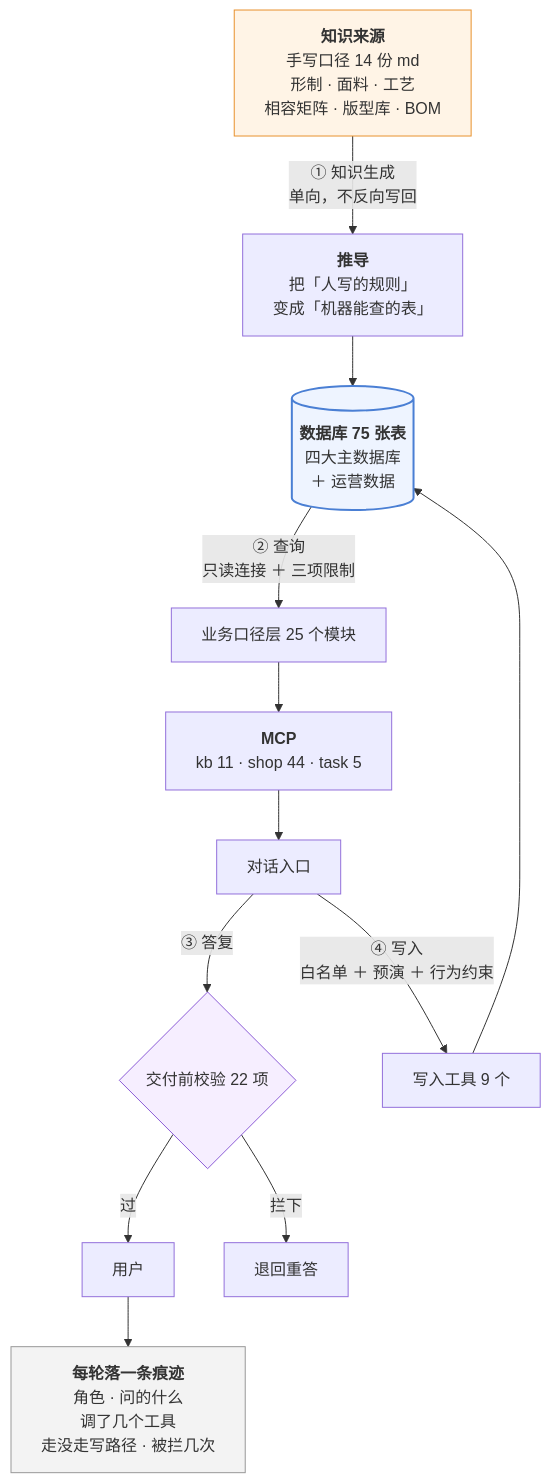
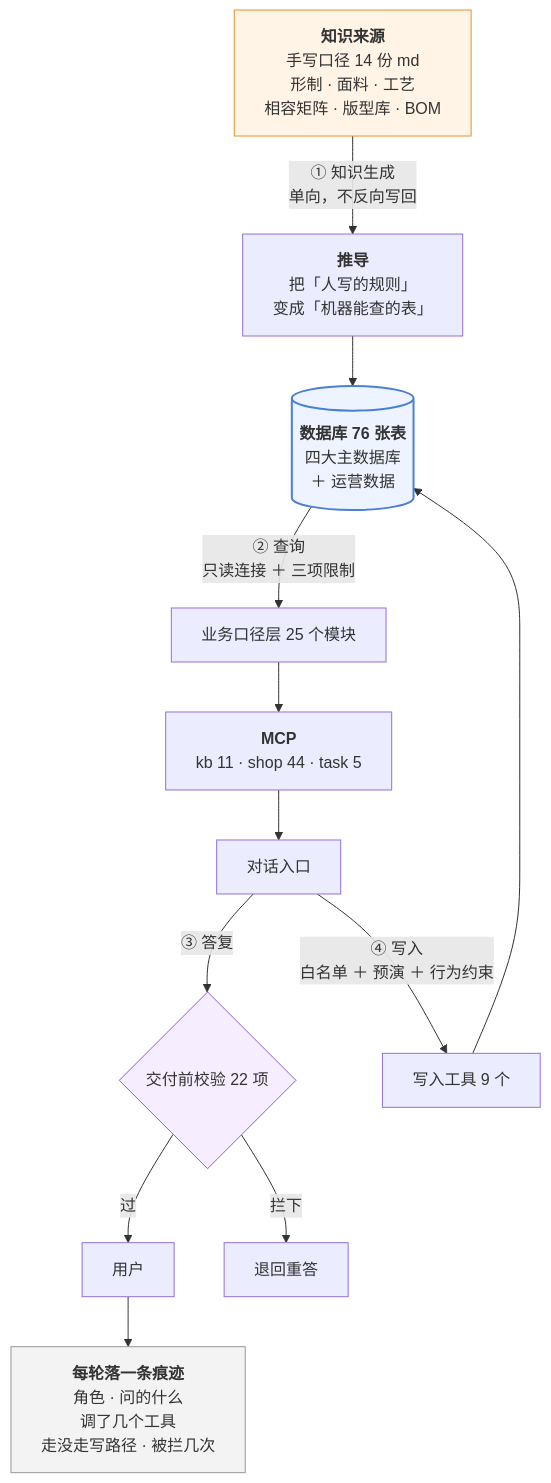
Before and after one commit to 843773296-rgb/lanxiu-yunshang-agent: the third of 4 diagrams in 澜绣云裳agent-产品需求文档.md, drawn with Mermaid. The commit also changed other lines of this file and 6 other files, not shown here.

````diff
--- a/澜绣云裳agent-产品需求文档.md
+++ b/澜绣云裳agent-产品需求文档.md
@@ -375,24 +375,24 @@
 ```mermaid
 flowchart TD
     MD["<b>知识来源</b><br/>手写口径 14 份 md<br/>形制 · 面料 · 工艺<br/>相容矩阵 · 版型库 · BOM"]
     MD -->|"① 知识生成<br/>单向，不反向写回"| DV["<b>推导</b><br/>把「人写的规则」<br/>变成「机器能查的表」"]
-    DV --> DB[("<b>数据库 75 张表</b><br/>四大主数据库<br/>＋ 运营数据")]
+    DV --> DB[("<b>数据库 76 张表</b><br/>四大主数据库<br/>＋ 运营数据")]
 
     DB -->|"② 查询<br/>只读连接 ＋ 三项限制"| KJ["业务口径层 25 个模块"]
     KJ --> MCP["<b>MCP</b><br/>kb 11 · shop 44 · task 5"]
     MCP --> LLM["对话入口"]
 
     LLM -->|"③ 答复"| GD{"交付前校验 22 项"}
     GD -- 过 --> U["用户"]
     GD -- 拦下 --> RE["退回重答"]
 
     LLM -->|"④ 写入<br/>白名单 ＋ 预演 ＋ 行为约束"| W["写入工具 9 个"]
     W --> DB
 
     U --> TR["<b>每轮落一条痕迹</b><br/>角色 · 问的什么<br/>调了几个工具<br/>走没走写路径 · 被拦几次"]
 
     style MD fill:#fff4e6,stroke:#e8912d
     style DB fill:#eef4ff,stroke:#4a7fd4,stroke-width:2px
     style GD fill:#f6eeff,stroke:#8b5cd6
     style TR fill:#f3f3f3,stroke:#999
 ```
````
